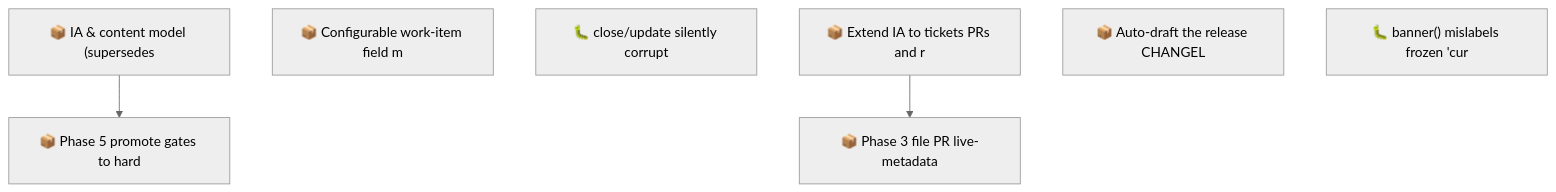
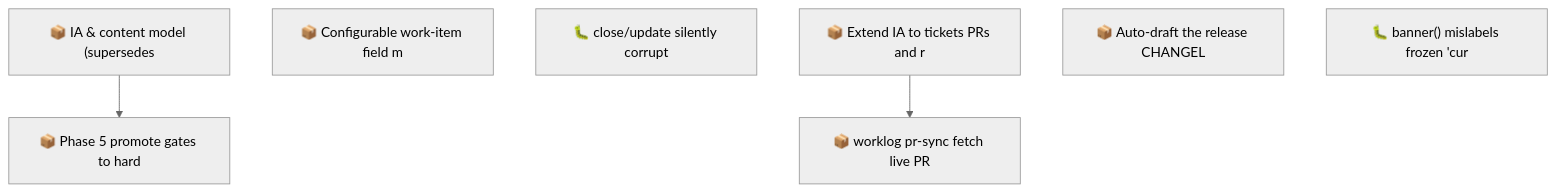
Before and after one commit to SpillwaveSolutions/wiki_ticket_sdd: the second of 2 diagrams in docs/roadmap.md, drawn with Mermaid (neutral theme). The commit also changed other lines of this file and 11 other files, not shown here.

First line of the commit message:
chore(worklog): file PR live-metadata follow-up, closing artifact-pages epic phases

````diff
--- a/docs/roadmap.md
+++ b/docs/roadmap.md
@@ -80,13 +80,13 @@
 ```mermaid
 graph TD
     01KY5G9ZW0H2YMNWDFJYGRPYE5["📦 IA & content model (supersedes"]
     01KY5G9ZW0RABXWHEMEP1FAV2G["📦 Phase 5 promote gates to hard"]
     01KY5NE0ZYGBWG44N0KPEBFCZ8["📦 Configurable work-item field m"]
     01KYA99TVCGX79HFNHN1DVT7Y6["🐛 close/update silently corrupt"]
     01KYABYEQP8ANXGYPBCV2T20D8["📦 Extend IA to tickets PRs and r"]
-    01KYABYEQPF8N2K26ENRKREE0W["📦 Phase 3 file PR live-metadata"]
     01KYAC0AC01R4C6W7YY1X8NVRV["📦 Auto-draft the release CHANGEL"]
     01KYACFJA0SQSF4C83BJZXB5MY["🐛 banner() mislabels frozen 'cur"]
+    01KYADGT9Q48EKJZVQQSH4HXWZ["📦 worklog pr-sync fetch live PR"]
     01KY5G9ZW0H2YMNWDFJYGRPYE5 --> 01KY5G9ZW0RABXWHEMEP1FAV2G
-    01KYABYEQP8ANXGYPBCV2T20D8 --> 01KYABYEQPF8N2K26ENRKREE0W
+    01KYABYEQP8ANXGYPBCV2T20D8 --> 01KYADGT9Q48EKJZVQQSH4HXWZ
 ```
````
